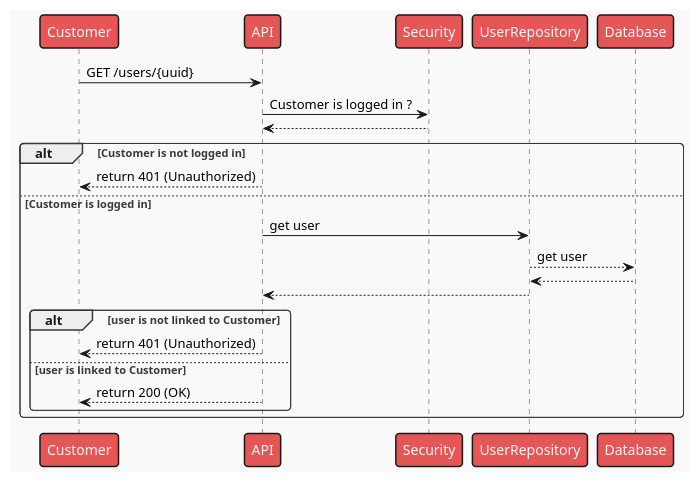
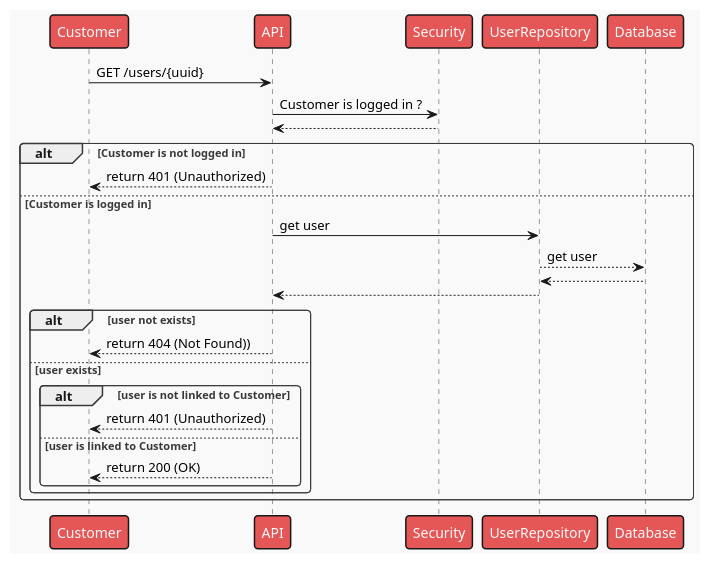
One commit to davy-beauzil/p7-api changed the diagram in doc/puml/sequences/getUserFromCustomer.puml. Above: the diagram before and after it, drawn with PlantUML. The commit also changed 11 other files, not shown here.

Commit message:
chore(diagrams): convert puml diagrams to png

```diff
--- a/doc/puml/sequences/getUserFromCustomer.puml
+++ b/doc/puml/sequences/getUserFromCustomer.puml
@@ -1,22 +1,26 @@
 @startuml
 
 !theme mars
 
 Customer -> API : GET /users/{uuid}
 
 API -> Security : Customer is logged in ?
 Security --> API
 alt Customer is not logged in
     API --> Customer : return 401 (Unauthorized)
 else Customer is logged in
     API -> UserRepository : get user
     UserRepository --> Database : get user
     Database --> UserRepository
     UserRepository --> API
-    alt user is not linked to Customer
-        API --> Customer : return 401 (Unauthorized)
-    else user is linked to Customer
-        API --> Customer : return 200 (OK)
+    alt user not exists
+        API --> Customer : return 404 (Not Found))
+    else user exists
+        alt user is not linked to Customer
+            API --> Customer : return 401 (Unauthorized)
+        else user is linked to Customer
+            API --> Customer : return 200 (OK)
+        end
     end
 end
 @enduml
```
